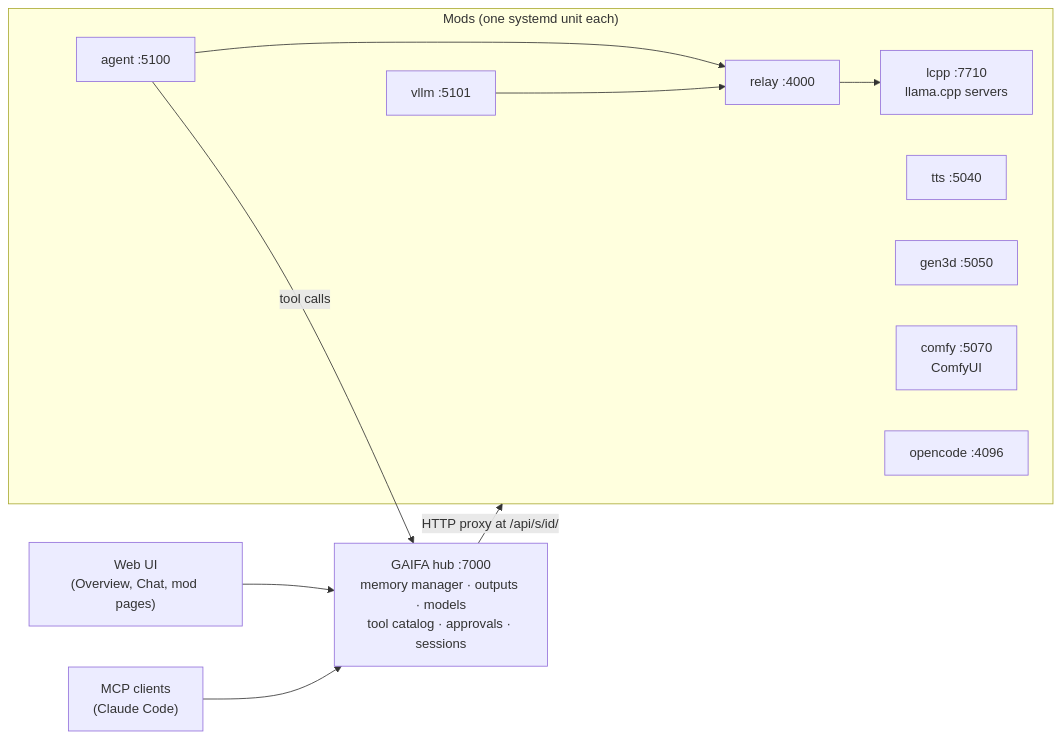
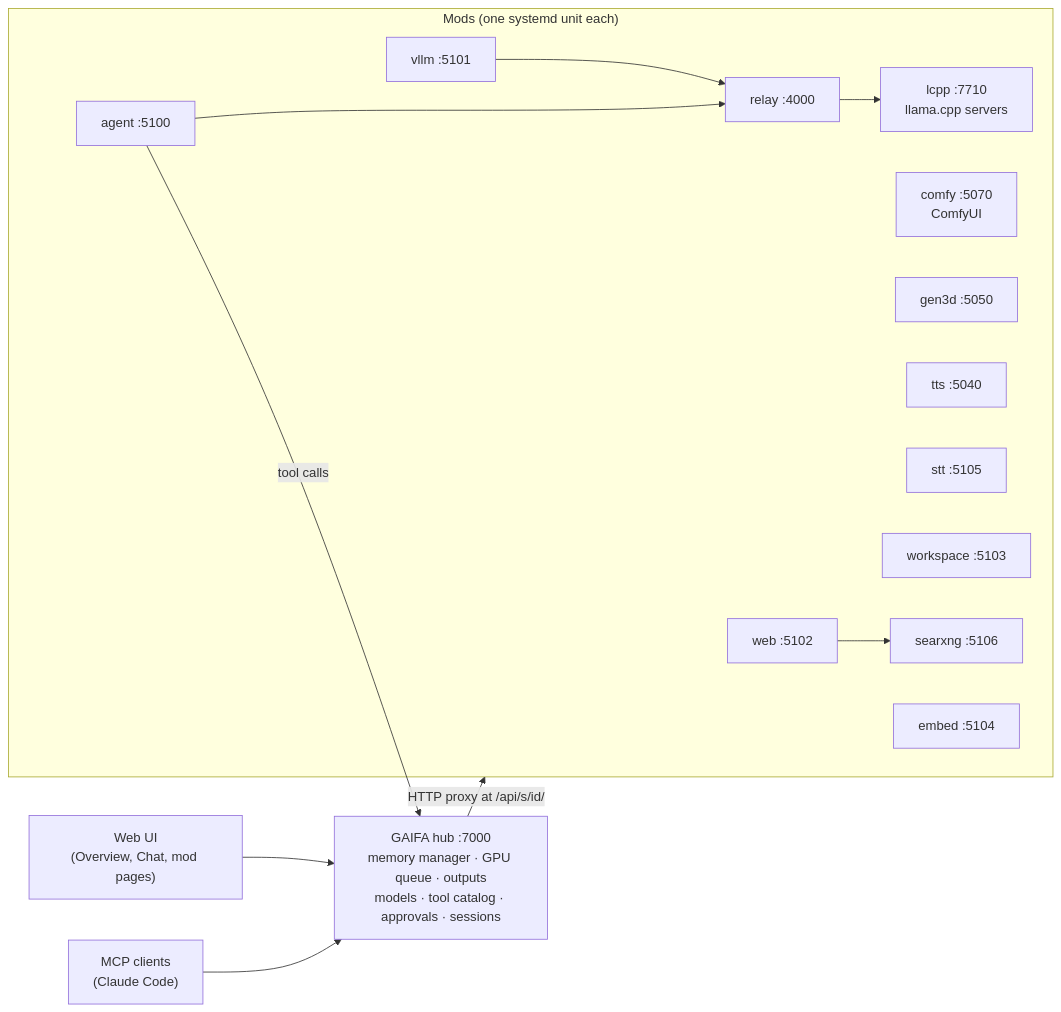
Before and after one commit to brendondgr/GAIFA: the diagram in README.md, drawn with Mermaid. The commit also changed other lines of this file and 4 other files, not shown here.

````diff
--- a/README.md
+++ b/README.md
@@ -119,17 +140,20 @@
 ```mermaid
 flowchart LR
   UI["Web UI<br/>(Overview, Chat, mod pages)"] --> Hub
   MCP["MCP clients<br/>(Claude Code)"] --> Hub
-  Hub["GAIFA hub :7000<br/>memory manager · outputs · models<br/>tool catalog · approvals · sessions"]
+  Hub["GAIFA hub :7000<br/>memory manager · GPU queue · outputs<br/>models · tool catalog · approvals · sessions"]
   Hub -- "HTTP proxy at /api/s/id/" --> Mods
   subgraph Mods["Mods (one systemd unit each)"]
     relay["relay :4000"] --> lcpp["lcpp :7710<br/>llama.cpp servers"]
+    vllm["vllm :5101"] --> relay
     agent["agent :5100"] --> relay
+    comfy["comfy :5070<br/>ComfyUI"]
+    gen3d["gen3d :5050"]
     tts["tts :5040"]
-    gen3d["gen3d :5050"]
-    comfy["comfy :5070<br/>ComfyUI"]
-    opencode["opencode :4096"]
-    vllm["vllm :5101"] --> relay
+    stt["stt :5105"]
+    workspace["workspace :5103"]
+    web["web :5102"] --> searxng["searxng :5106"]
+    embed["embed :5104"]
   end
   agent -- "tool calls" --> Hub
 ```
````
